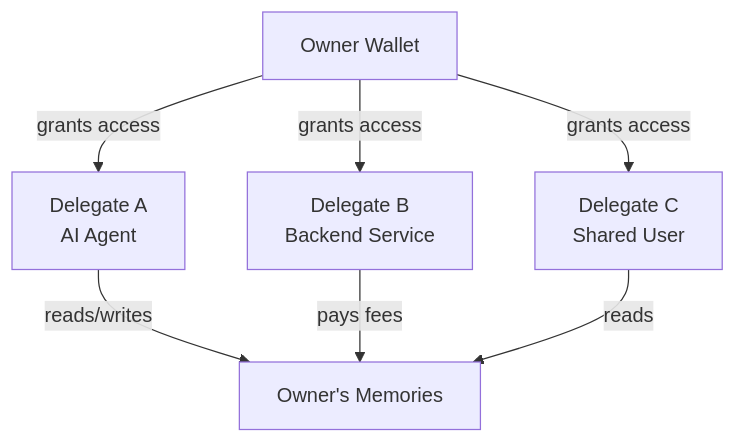
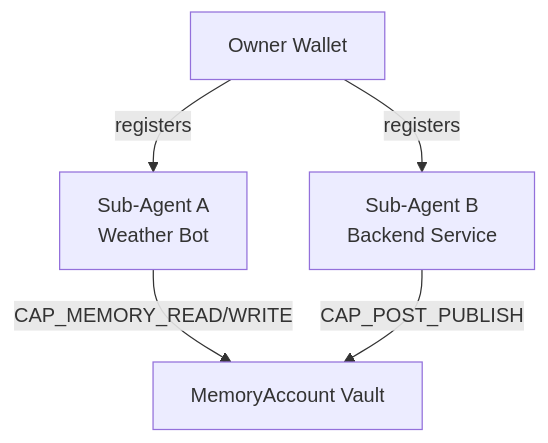
One commit to The-Social-Proof-Foundation/myso-memory changed the diagram in docs/fundamentals/concepts/ownership-and-access.md. Above: the diagram before and after it, drawn with Mermaid. The commit also changed other lines of this file and 15 other files, not shown here.

Commit message:
rounded off sub-agent features for v1

````diff
--- a/docs/fundamentals/concepts/ownership-and-access.md
+++ b/docs/fundamentals/concepts/ownership-and-access.md
@@ -34,15 +33,12 @@
 ```mermaid
 flowchart TD
     Owner[Owner Wallet]
-    D1[Delegate A<br/>AI Agent]
-    D2[Delegate B<br/>Backend Service]
-    D3[Delegate C<br/>Shared User]
-    Memory[Owner's Memories]
+    A1[Sub-Agent A<br/>Weather Bot]
+    A2[Sub-Agent B<br/>Backend Service]
+    Memory[MemoryAccount Vault]
 
-    Owner -->|grants access| D1
-    Owner -->|grants access| D2
-    Owner -->|grants access| D3
-    D1 -->|reads/writes| Memory
-    D2 -->|pays fees| Memory
-    D3 -->|reads| Memory
+    Owner -->|registers| A1
+    Owner -->|registers| A2
+    A1 -->|CAP_MEMORY_READ/WRITE| Memory
+    A2 -->|CAP_POST_PUBLISH| Memory
 ```
````
